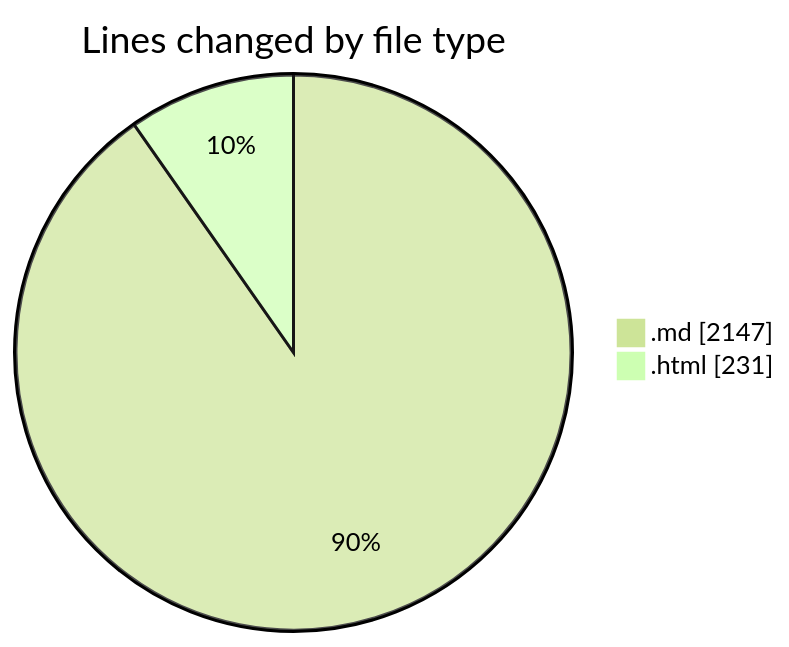
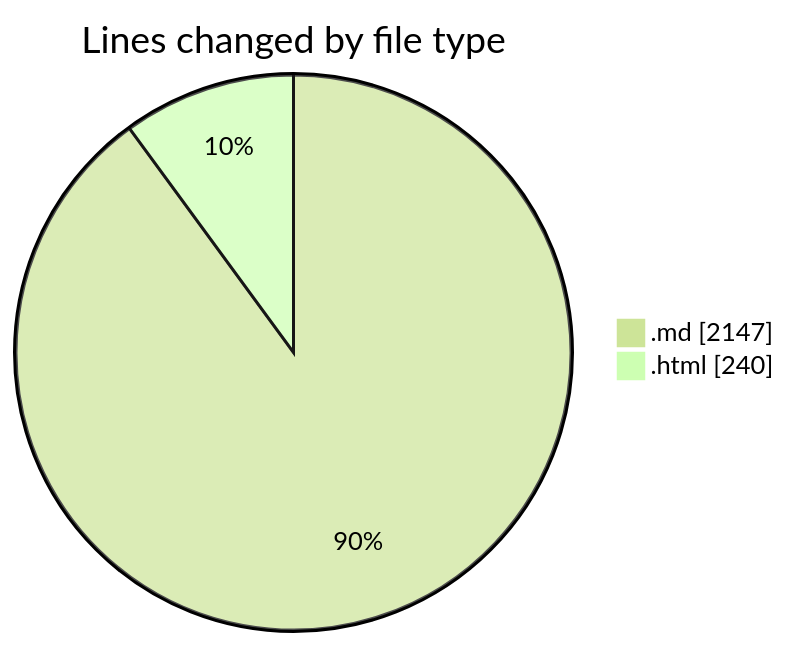
The first of 2 diagrams in 2025-07-07/urlwebwala_intership_work/README.md (Ritupan-Deka/code-tracking), drawn with Mermaid (forest theme) before and after one commit. The commit also changed other lines of this file and 1 other file, not shown here.

````diff
--- a/2025-07-07/urlwebwala_intership_work/README.md
+++ b/2025-07-07/urlwebwala_intership_work/README.md
@@ -25,6 +25,6 @@
 ```mermaid
 pie showData
 title Lines changed by file type
 ".md" : 2147
-".html" : 231
+".html" : 240
 ```
````
